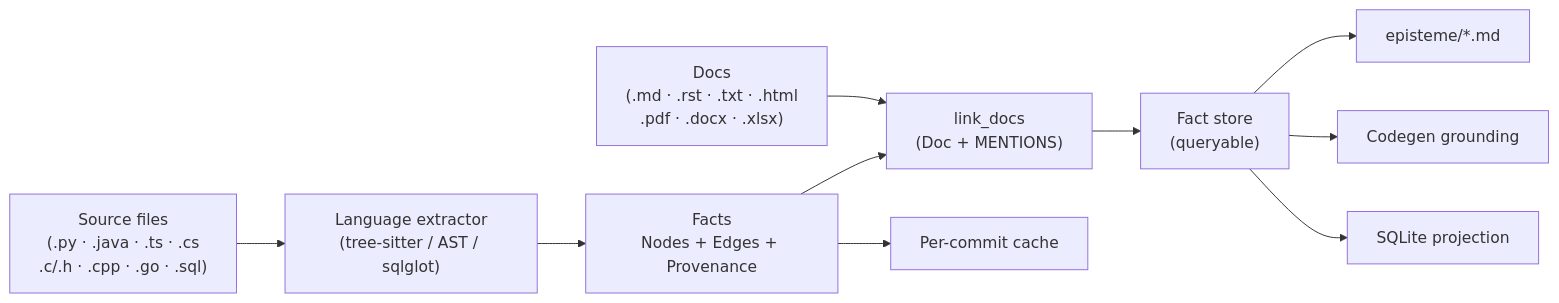
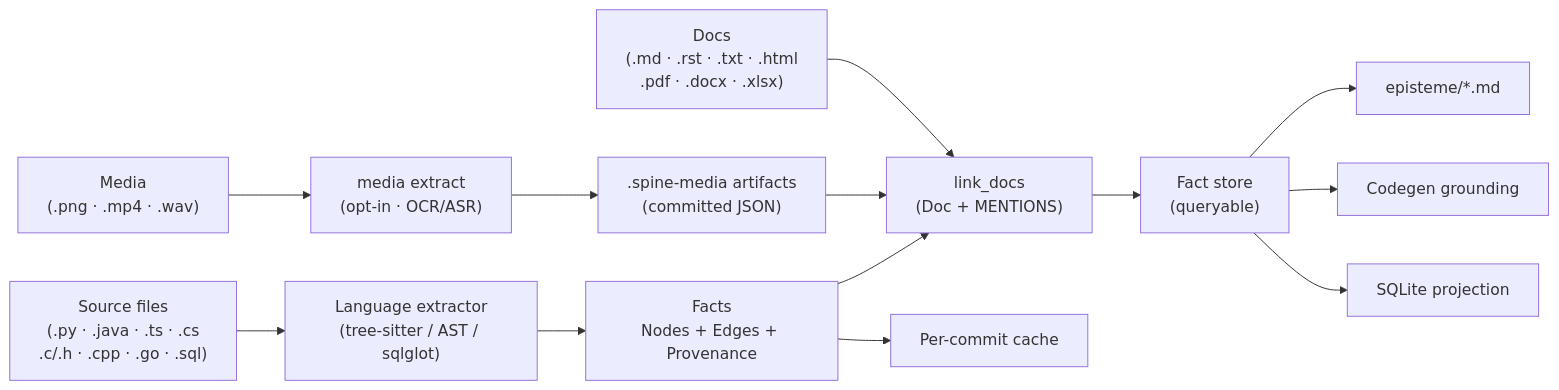
Before and after one commit to synaptixs/spine: the third of 5 diagrams in KNOWLEDGE_GRAPH.md, drawn with Mermaid. The commit also changed other lines of this file and 17 other files, not shown here.

First line of the commit message:
Add media ingestion (G3): images, audio, and video as graph content

````diff
--- a/KNOWLEDGE_GRAPH.md
+++ b/KNOWLEDGE_GRAPH.md
@@ -131,22 +131,28 @@
 ```mermaid
 flowchart LR
     src["Source files<br/>(.py · .java · .ts · .cs<br/>.c/.h · .cpp · .go · .sql)"]
     docs["Docs<br/>(.md · .rst · .txt · .html<br/>.pdf · .docx · .xlsx)"]
+    media["Media<br/>(.png · .mp4 · .wav)"]
+    mex["media extract<br/>(opt-in · OCR/ASR)"]
+    art[".spine-media artifacts<br/>(committed JSON)"]
     ext["Language extractor<br/>(tree-sitter / AST / sqlglot)"]
     facts["Facts<br/>Nodes + Edges + Provenance"]
     link["link_docs<br/>(Doc + MENTIONS)"]
     cache["Per-commit cache"]
     store["Fact store<br/>(queryable)"]
     mb["episteme/*.md"]
     grd["Codegen grounding"]
     db["SQLite projection"]
     src --> ext
     ext --> facts
     facts --> cache
     docs --> link
+    media --> mex
+    mex --> art
+    art --> link
     facts --> link
     link --> store
     store --> mb
     store --> grd
     store --> db
 ```
````
